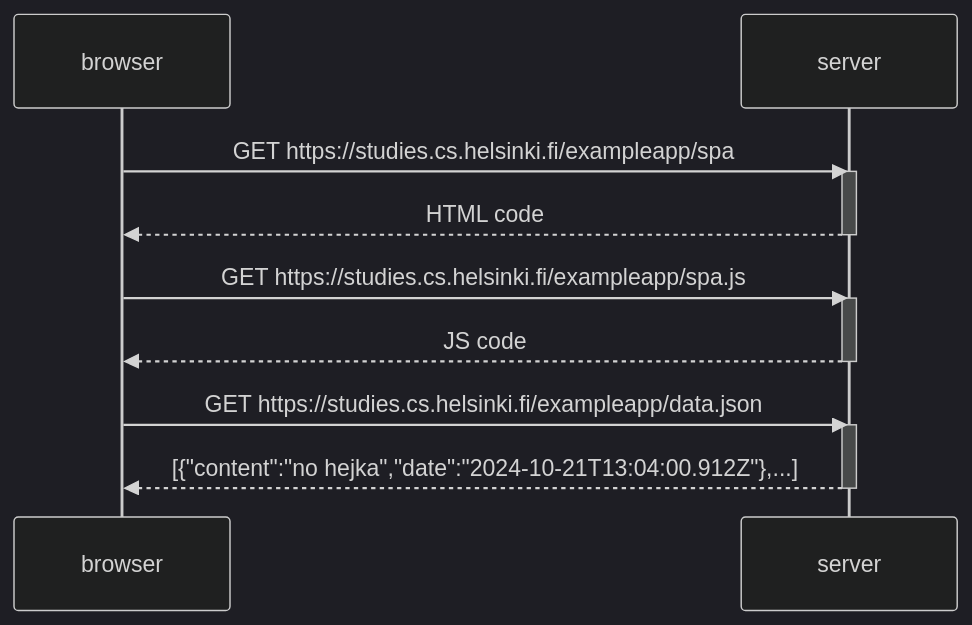
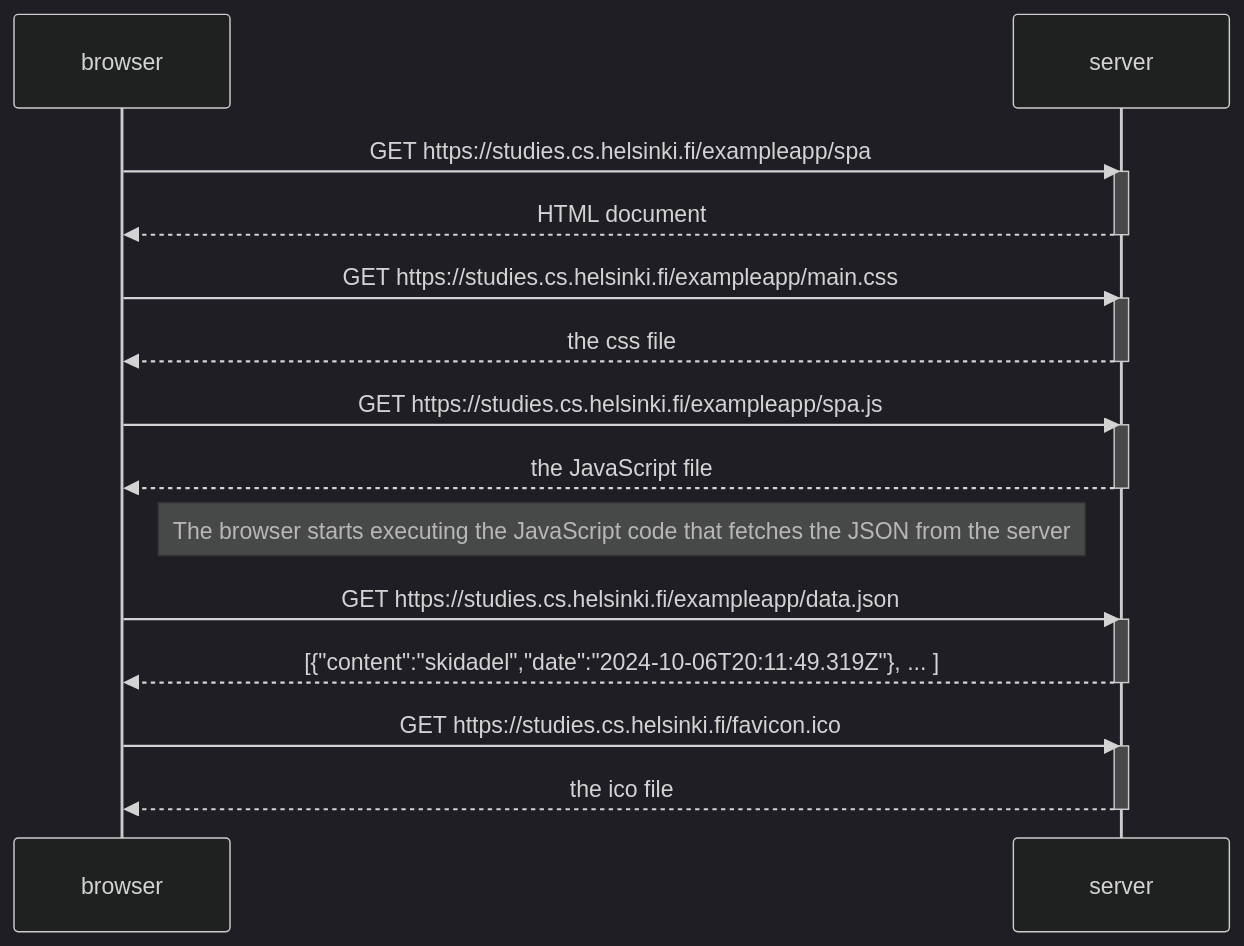
The diagram in part 0/0.5.md (martyna32/fullstackopenMartyna-Podg-rska), drawn with Mermaid (dark theme) before and after one commit. The commit also changed 2 other files, not shown here.

````diff
--- a/part 0/0.5.md
+++ b/part 0/0.5.md
@@ -1,20 +1,34 @@
-```mermaid
+:::mermaid
 sequenceDiagram
     participant browser
     participant server
 
     browser->>server: GET https://studies.cs.helsinki.fi/exampleapp/spa
     activate server
-    server-->>browser: HTML code
+    server-->>browser: HTML document
     deactivate server
 
+    browser->>server: GET https://studies.cs.helsinki.fi/exampleapp/main.css
+    activate server
+    server-->>browser: the css file
+    deactivate server
+    
     browser->>server: GET https://studies.cs.helsinki.fi/exampleapp/spa.js
     activate server
-    server-->>browser: JS code
+    server-->>browser: the JavaScript file
     deactivate server
+
+    Note right of browser: The browser starts executing the JavaScript code that fetches the JSON from the server
 
     browser->>server: GET https://studies.cs.helsinki.fi/exampleapp/data.json
     activate server
-    server-->>browser: [{"content":"no hejka","date":"2024-10-21T13:04:00.912Z"},...]
+    server-->>browser: [{"content":"skidadel","date":"2024-10-06T20:11:49.319Z"}, ... ]
     deactivate server
-```
+
+    browser->>server: GET https://studies.cs.helsinki.fi/favicon.ico
+    activate server
+    server-->>browser: the ico file
+    deactivate server
+
+
+:::
````
